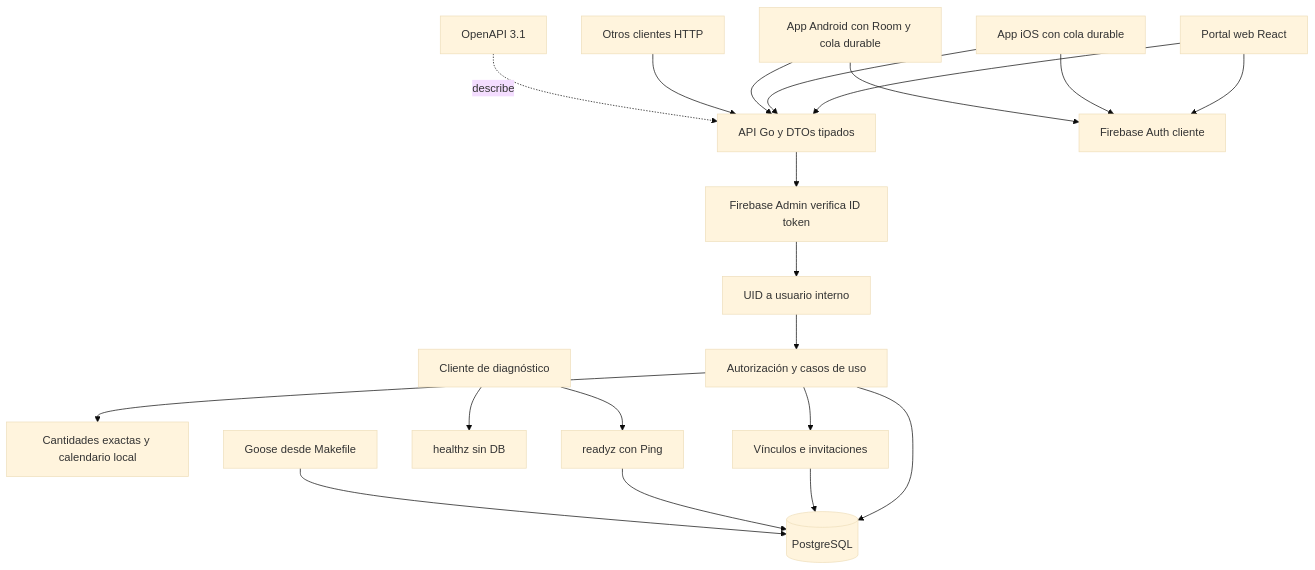
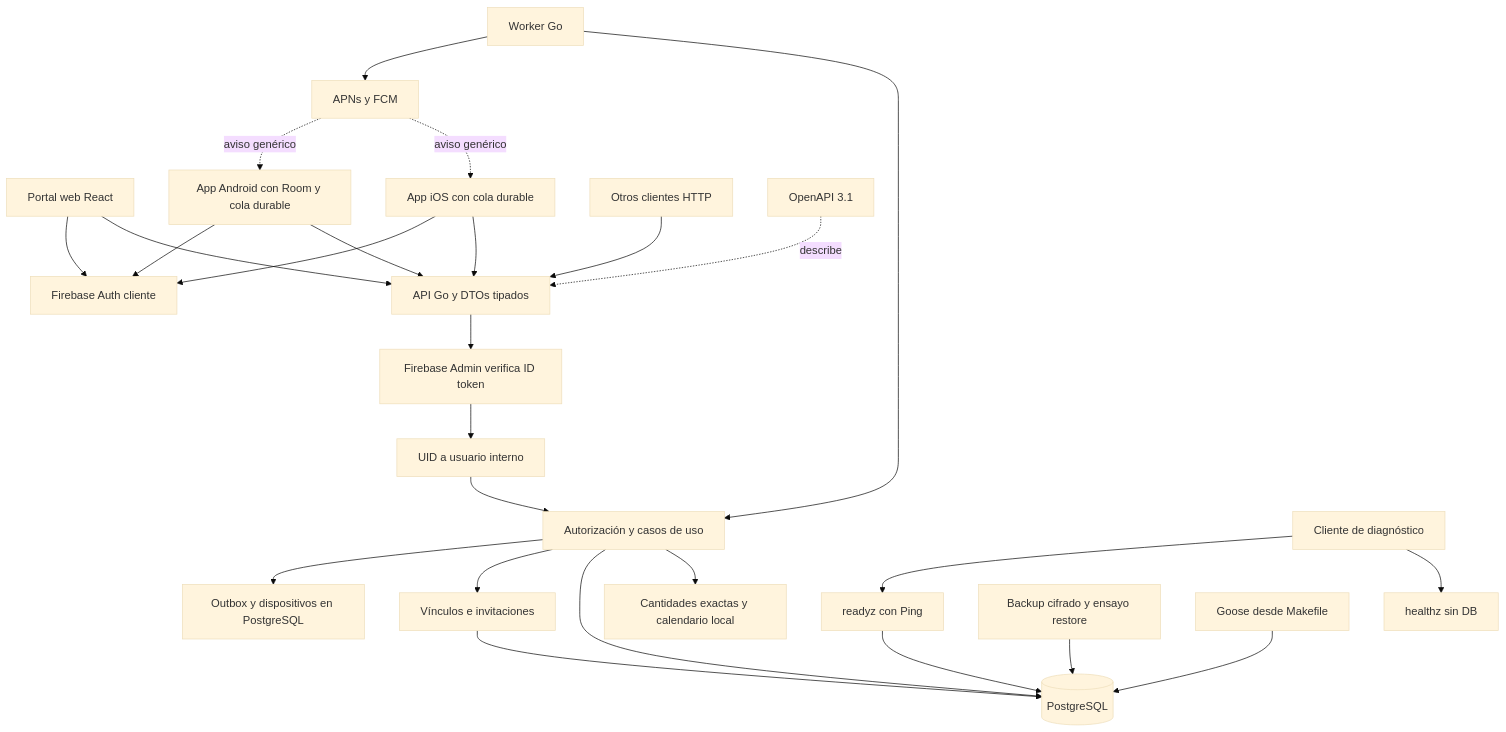
The diagram in docs/00-home.md (Nandem1/nndsk-medication-tracker), drawn with Mermaid (base theme) before and after one commit. The commit also changed other lines of this file and 61 other files, not shown here.

````diff
--- a/docs/00-home.md
+++ b/docs/00-home.md
@@ -5,22 +5,28 @@
 ```mermaid
 flowchart TB
     Web[Portal web React] --> HTTP[API Go y DTOs tipados]
     Web --> Login[Firebase Auth cliente]
     IOS[App iOS con cola durable] --> HTTP
     IOS --> Login
     Android[App Android con Room y cola durable] --> HTTP
     Android --> Login
     Client[Otros clientes HTTP] --> HTTP
     HTTP --> Identity[Firebase Admin verifica ID token]
     Identity --> User[UID a usuario interno]
     User --> UseCases[Autorización y casos de uso]
     UseCases --> Domain[Cantidades exactas y calendario local]
     UseCases --> DB[(PostgreSQL)]
     UseCases --> Consent[Vínculos e invitaciones]
     Consent --> DB
     Probe[Cliente de diagnóstico] --> Health[healthz sin DB]
     Probe --> Ready[readyz con Ping]
     Ready --> DB
+    Worker[Worker Go] --> UseCases
+    UseCases --> Outbox[Outbox y dispositivos en PostgreSQL]
+    Worker --> Push[APNs y FCM]
+    Push -. aviso genérico .-> IOS
+    Push -. aviso genérico .-> Android
+    Backup[Backup cifrado y ensayo restore] --> DB
     Goose[Goose desde Makefile] --> DB
     Contract[OpenAPI 3.1] -. describe .-> HTTP
 ```
````
